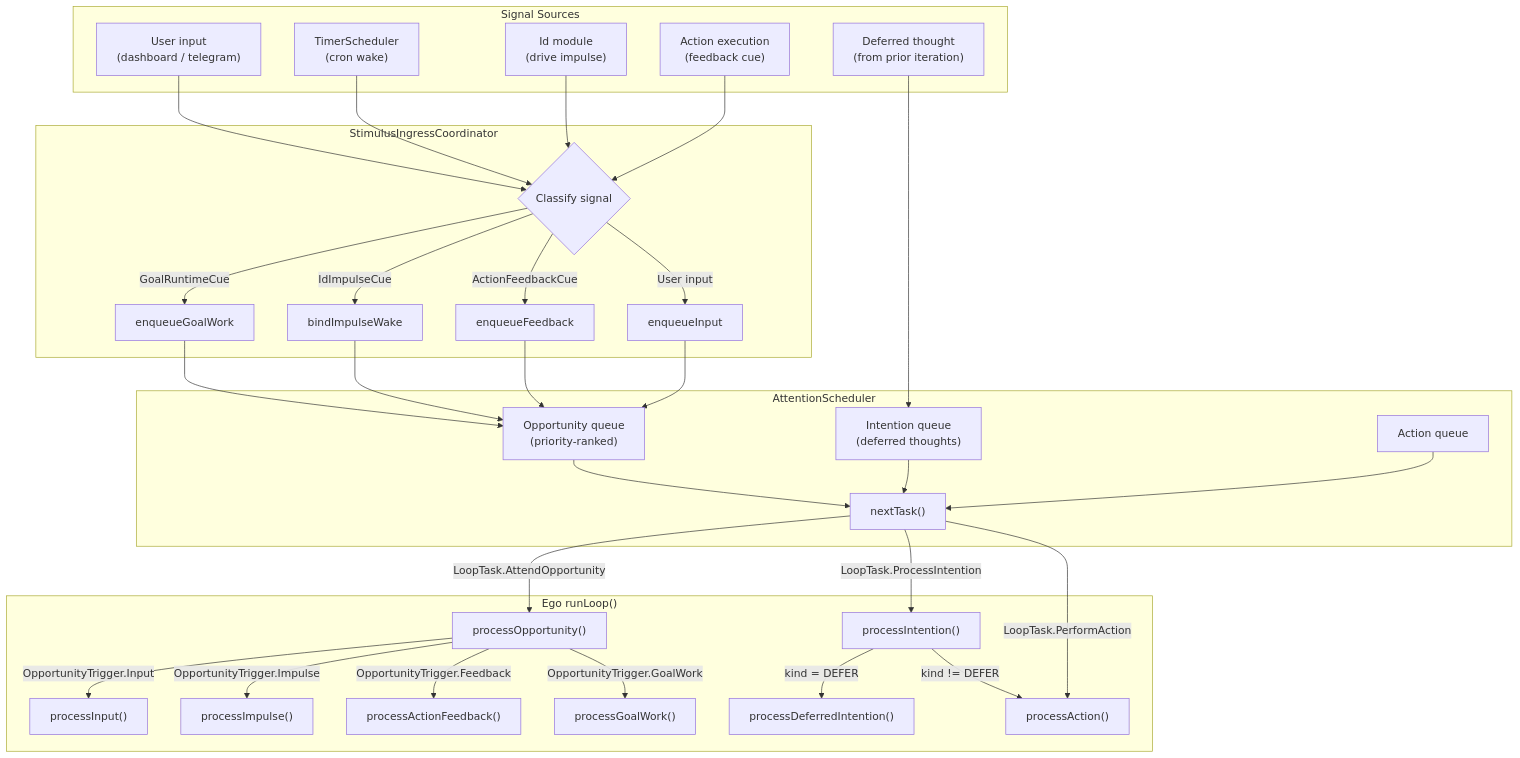
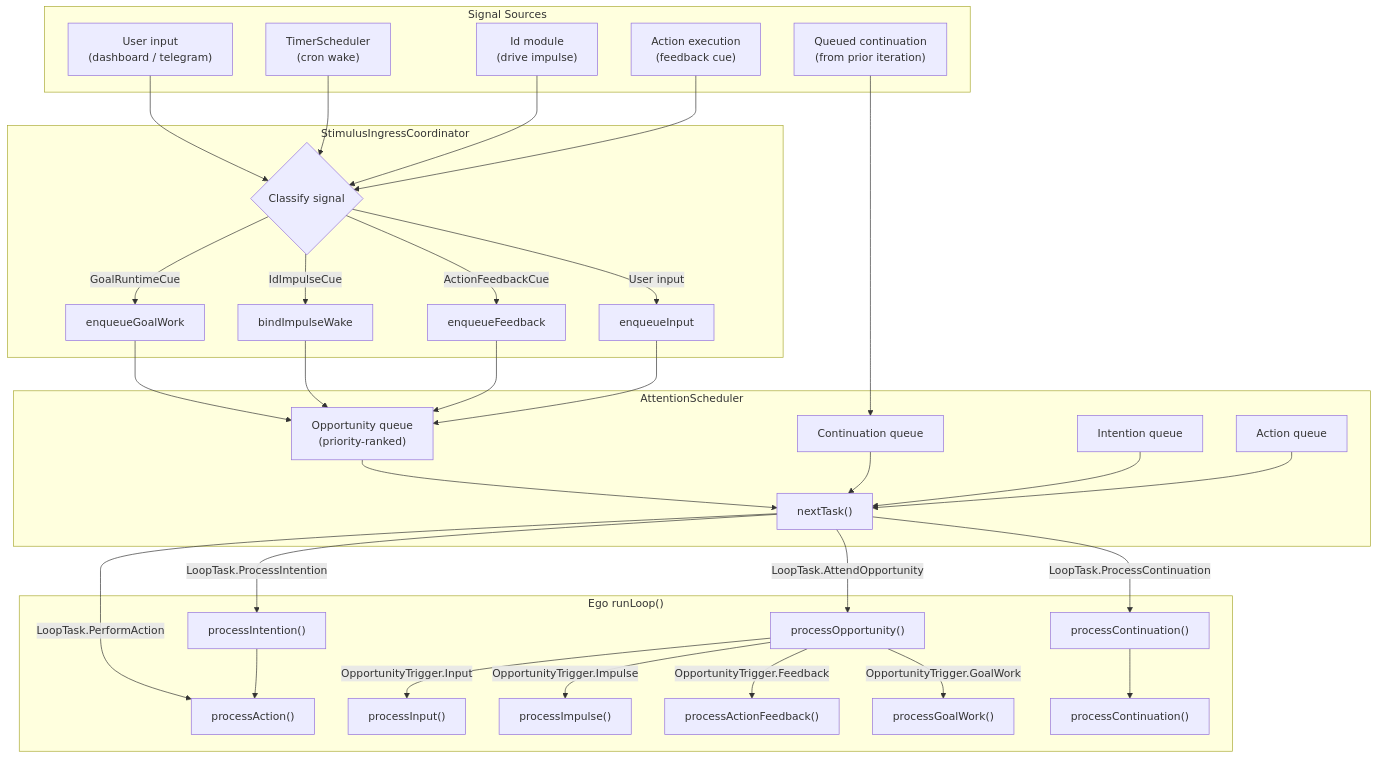
One commit to neopsyke/NeoPsyke changed the first of 5 diagrams in docs/PLANNER_FLOW_DIAGRAM.md. Above: the diagram before and after it, drawn with Mermaid. The commit also changed other lines of this file and 75 other files, not shown here.

Commit message:
refactor(ego): replace deferred intentions with continuations

````diff
--- a/docs/PLANNER_FLOW_DIAGRAM.md
+++ b/docs/PLANNER_FLOW_DIAGRAM.md
@@ -13,54 +13,57 @@
 ```mermaid
 flowchart TB
     subgraph sources ["Signal Sources"]
         user["User input<br/>(dashboard / telegram)"]
         timer["TimerScheduler<br/>(cron wake)"]
         id_mod["Id module<br/>(drive impulse)"]
         action_fb["Action execution<br/>(feedback cue)"]
-        deferred["Deferred thought<br/>(from prior iteration)"]
+        deferred["Queued continuation<br/>(from prior iteration)"]
     end
 
     subgraph ingress ["StimulusIngressCoordinator"]
         classify{"Classify signal"}
         classify -->|GoalRuntimeCue| enq_goal["enqueueGoalWork"]
         classify -->|IdImpulseCue| enq_impulse["bindImpulseWake"]
         classify -->|ActionFeedbackCue| enq_feedback["enqueueFeedback"]
         classify -->|User input| enq_input["enqueueInput"]
     end
 
     subgraph scheduler ["AttentionScheduler"]
         opp_q["Opportunity queue<br/>(priority-ranked)"]
-        int_q["Intention queue<br/>(deferred thoughts)"]
+        cont_q["Continuation queue"]
+        int_q["Intention queue"]
         act_q["Action queue"]
-        opp_q & int_q & act_q --> next["nextTask()"]
+        opp_q & cont_q & int_q & act_q --> next["nextTask()"]
     end
 
     user --> classify
     timer --> classify
     id_mod --> classify
     action_fb --> classify
 
     enq_goal --> opp_q
     enq_impulse --> opp_q
     enq_feedback --> opp_q
     enq_input --> opp_q
-    deferred --> int_q
+    deferred --> cont_q
 
     next -->|"LoopTask.AttendOpportunity"| ego_opp
+    next -->|"LoopTask.ProcessContinuation"| ego_cont
     next -->|"LoopTask.ProcessIntention"| ego_int
     next -->|"LoopTask.PerformAction"| ego_act
 
     subgraph ego ["Ego runLoop()"]
         ego_opp["processOpportunity()"]
+        ego_cont["processContinuation()"]
         ego_int["processIntention()"]
         ego_act["processAction()"]
 
         ego_opp -->|"OpportunityTrigger.Input"| proc_input["processInput()"]
         ego_opp -->|"OpportunityTrigger.Impulse"| proc_impulse["processImpulse()"]
         ego_opp -->|"OpportunityTrigger.Feedback"| proc_feedback["processActionFeedback()"]
         ego_opp -->|"OpportunityTrigger.GoalWork"| proc_goal["processGoalWork()"]
 
-        ego_int -->|"kind = DEFER"| proc_deferred["processDeferredIntention()"]
-        ego_int -->|"kind != DEFER"| ego_act
+        ego_cont --> proc_deferred["processContinuation()"]
+        ego_int --> ego_act
     end
 ```
````
